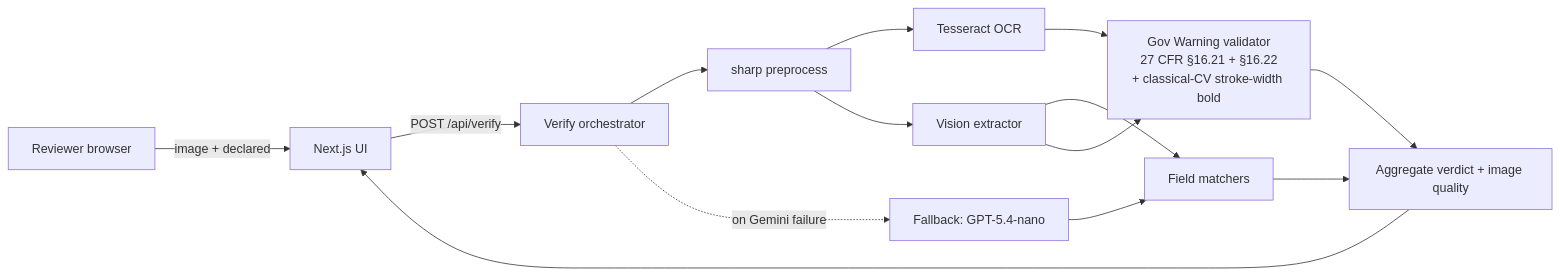
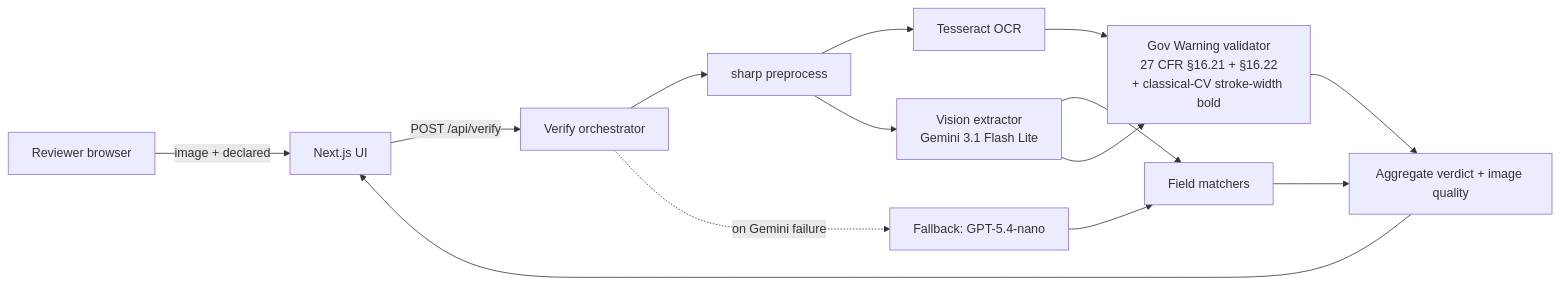
Before and after one commit to XanderXML-Bit/label-verify: the diagram in README.md, drawn with Mermaid. The commit also changed other lines of this file, not shown here.

````diff
--- a/README.md
+++ b/README.md
@@ -116,16 +79,16 @@
 ```mermaid
 flowchart LR
   U[Reviewer browser] -- image + declared --> UI[Next.js UI]
   UI -- POST /api/verify --> V[Verify orchestrator]
   V --> P[sharp preprocess]
   P --> O[Tesseract OCR]
-  P --> X[Vision extractor]
+  P --> X[Vision extractor<br/>Gemini 3.1 Flash Lite]
   X --> M[Field matchers]
   O --> G[Gov Warning validator<br/>27 CFR §16.21 + §16.22<br/>+ classical-CV stroke-width bold]
   X --> G
   M --> A[Aggregate verdict + image quality]
   G --> A
   A --> UI
   V -. on Gemini failure .-> F[Fallback: GPT-5.4-nano]
   F --> M
 ```
````
